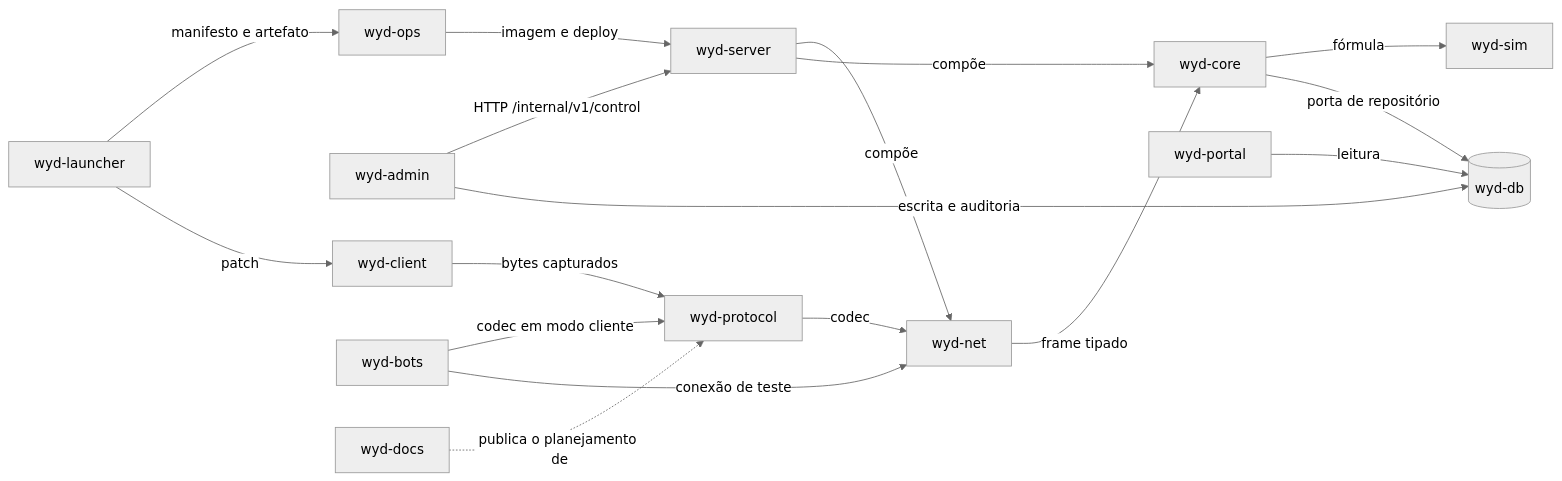
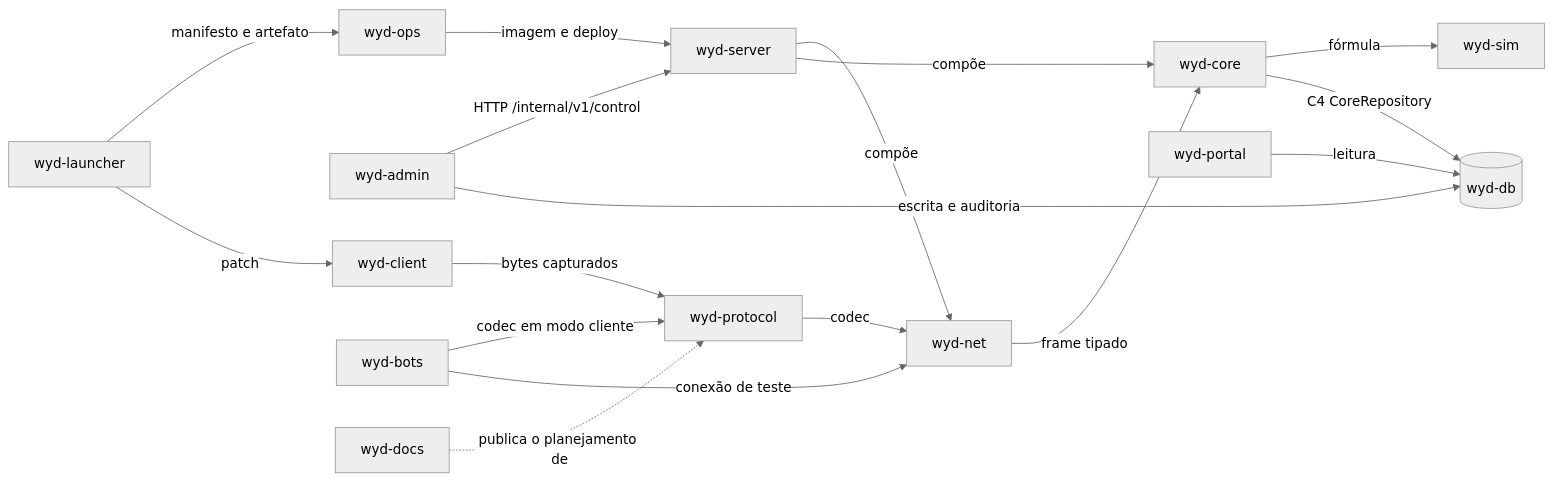
One commit to lucascantarelli/wyd changed the diagram in planejamento-1.0.0/wyd-1.0.0.md. Above: the diagram before and after it, drawn with Mermaid (neutral theme). The commit also changed other lines of this file and 90 other files, not shown here.

````diff
--- a/planejamento-1.0.0/wyd-1.0.0.md
+++ b/planejamento-1.0.0/wyd-1.0.0.md
@@ -402,19 +410,19 @@
 ```mermaid
 flowchart LR
   client[wyd-client] -->|bytes capturados| protocol[wyd-protocol]
   protocol -->|codec| net[wyd-net]
   net -->|frame tipado| core[wyd-core]
   core -->|fórmula| sim[wyd-sim]
-  core -->|porta de repositório| db[(wyd-db)]
+  core -->|C4 CoreRepository| db[(wyd-db)]
   server[wyd-server] -->|compõe| net
   server -->|compõe| core
   admin[wyd-admin] -->|HTTP /internal/v1/control| server
   admin -->|escrita e auditoria| db
   portal[wyd-portal] -->|leitura| db
   launcher[wyd-launcher] -->|manifesto e artefato| ops[wyd-ops]
   launcher -->|patch| client
   bots[wyd-bots] -->|codec em modo cliente| protocol
   bots -->|conexão de teste| net
   ops -->|imagem e deploy| server
   docs[wyd-docs] -.->|publica o planejamento de| protocol
 ```
````
